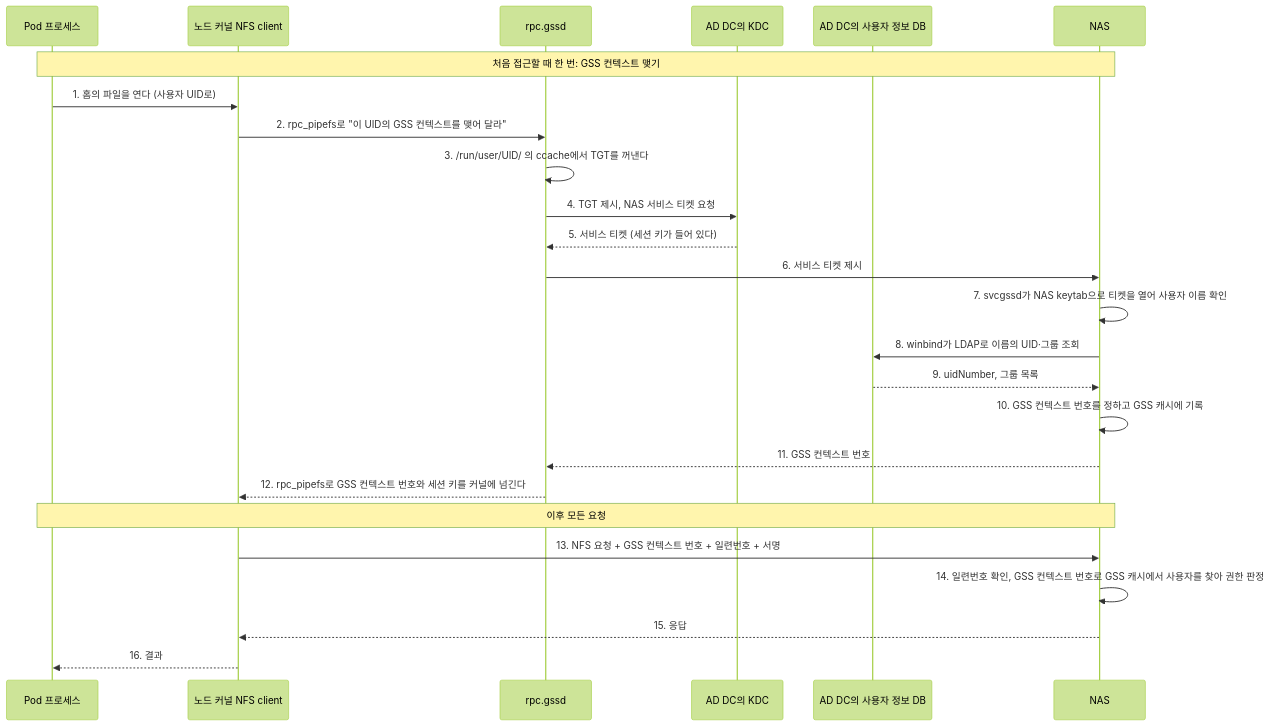
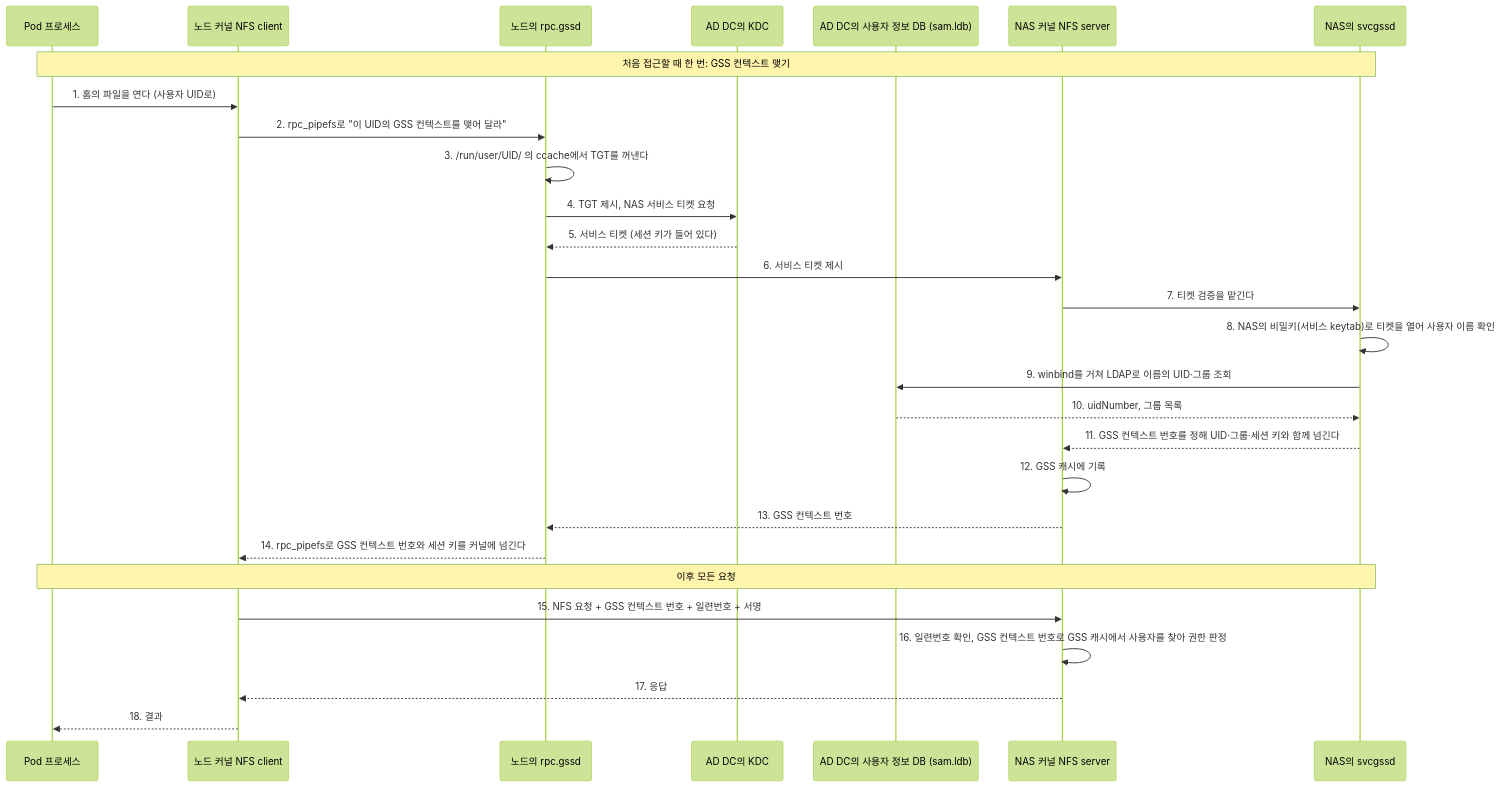
The tenth of 10 diagrams in md/infra/design/Kerberos-AD-Samba.md (CSID-DGU/admin_wiki), drawn with Mermaid (forest theme) before and after one commit. The commit also changed other lines of this file, not shown here.

Commit message:
docs: NAS svcgssd 시퀀스 다이어그램 추가

````diff
--- a/md/infra/design/Kerberos-AD-Samba.md
+++ b/md/infra/design/Kerberos-AD-Samba.md
@@ -448,29 +451,32 @@
 ```mermaid
 sequenceDiagram
     participant P as Pod 프로세스
     participant K as 노드 커널 NFS client
-    participant G as rpc.gssd
+    participant G as 노드의 rpc.gssd
     participant KDC as AD DC의 KDC
-    participant DB as AD DC의 사용자 정보 DB
-    participant NAS as NAS
+    participant DB as AD DC의 사용자 정보 DB (sam.ldb)
+    participant NK as NAS 커널 NFS server
+    participant S as NAS의 svcgssd
 
-    Note over P,NAS: 처음 접근할 때 한 번: GSS 컨텍스트 맺기
+    Note over P,S: 처음 접근할 때 한 번: GSS 컨텍스트 맺기
     P->>K: 1. 홈의 파일을 연다 (사용자 UID로)
     K->>G: 2. rpc_pipefs로 "이 UID의 GSS 컨텍스트를 맺어 달라"
     G->>G: 3. /run/user/UID/ 의 ccache에서 TGT를 꺼낸다
     G->>KDC: 4. TGT 제시, NAS 서비스 티켓 요청
     KDC-->>G: 5. 서비스 티켓 (세션 키가 들어 있다)
-    G->>NAS: 6. 서비스 티켓 제시
-    NAS->>NAS: 7. svcgssd가 NAS keytab으로 티켓을 열어 사용자 이름 확인
-    NAS->>DB: 8. winbind가 LDAP로 이름의 UID·그룹 조회
-    DB-->>NAS: 9. uidNumber, 그룹 목록
-    NAS->>NAS: 10. GSS 컨텍스트 번호를 정하고 GSS 캐시에 기록
-    NAS-->>G: 11. GSS 컨텍스트 번호
-    G-->>K: 12. rpc_pipefs로 GSS 컨텍스트 번호와 세션 키를 커널에 넘긴다
+    G->>NK: 6. 서비스 티켓 제시
+    NK->>S: 7. 티켓 검증을 맡긴다
+    S->>S: 8. NAS의 비밀키(서비스 keytab)로 티켓을 열어 사용자 이름 확인
+    S->>DB: 9. winbind를 거쳐 LDAP로 이름의 UID·그룹 조회
+    DB-->>S: 10. uidNumber, 그룹 목록
+    S-->>NK: 11. GSS 컨텍스트 번호를 정해 UID·그룹·세션 키와 함께 넘긴다
+    NK->>NK: 12. GSS 캐시에 기록
+    NK-->>G: 13. GSS 컨텍스트 번호
+    G-->>K: 14. rpc_pipefs로 GSS 컨텍스트 번호와 세션 키를 커널에 넘긴다
 
-    Note over P,NAS: 이후 모든 요청
-    K->>NAS: 13. NFS 요청 + GSS 컨텍스트 번호 + 일련번호 + 서명
-    NAS->>NAS: 14. 일련번호 확인, GSS 컨텍스트 번호로 GSS 캐시에서 사용자를 찾아 권한 판정
-    NAS-->>K: 15. 응답
-    K-->>P: 16. 결과
+    Note over P,S: 이후 모든 요청
+    K->>NK: 15. NFS 요청 + GSS 컨텍스트 번호 + 일련번호 + 서명
+    NK->>NK: 16. 일련번호 확인, GSS 컨텍스트 번호로 GSS 캐시에서 사용자를 찾아 권한 판정
+    NK-->>K: 17. 응답
+    K-->>P: 18. 결과
 ```
````
